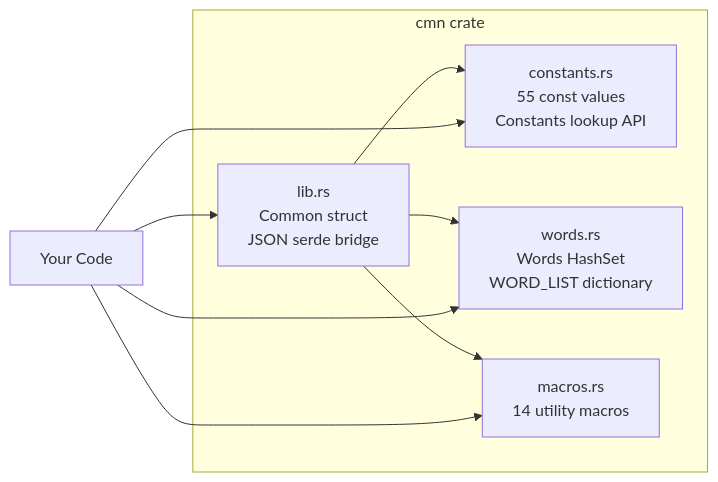
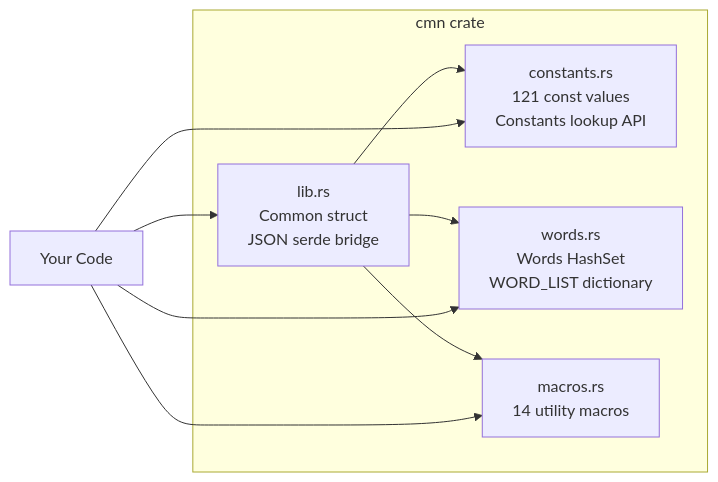
The diagram in README.md (sebastienrousseau/cmn), drawn with Mermaid before and after one commit. The commit also changed other lines of this file and 12 other files, not shown here.

````diff
--- a/README.md
+++ b/README.md
@@ -232,18 +232,18 @@
 ```mermaid
 graph LR
     subgraph "cmn crate"
-        B["constants.rs<br/>55 const values<br/>Constants lookup API"]
+        B["constants.rs<br/>121 const values<br/>Constants lookup API"]
         C["words.rs<br/>Words HashSet<br/>WORD_LIST dictionary"]
         D["macros.rs<br/>14 utility macros"]
         A["lib.rs<br/>Common struct<br/>JSON serde bridge"]
     end
 
     A --> B
     A --> C
     A --> D
 
     U["Your Code"] --> B
     U --> C
     U --> D
     U --> A
 ```
````
